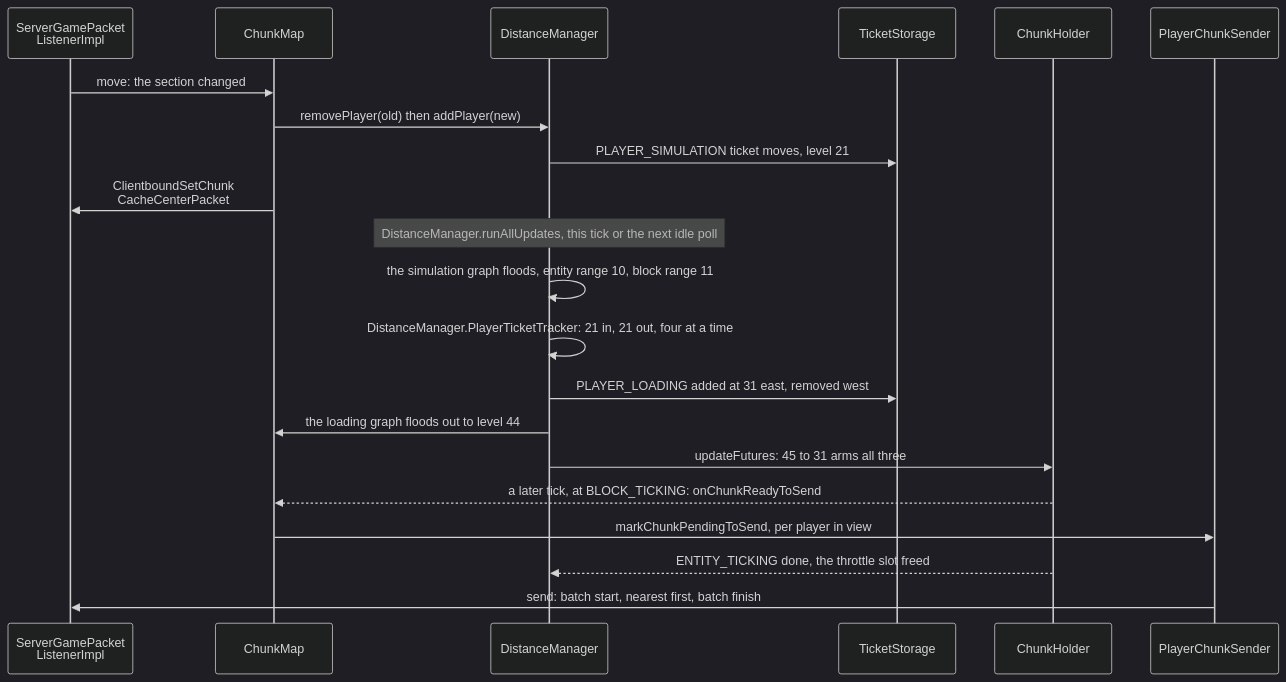
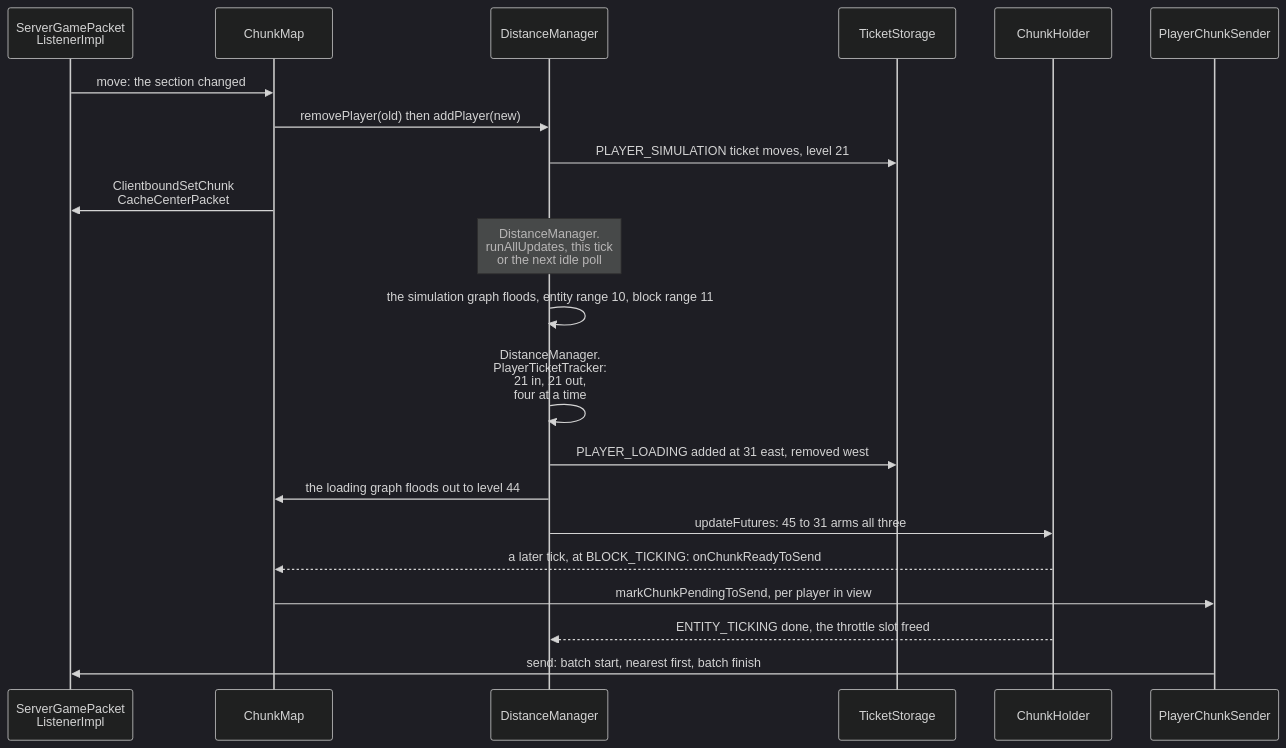
Before and after one commit to AlexanderjFraser/MinecraftDocs: the third of 3 diagrams in src/systems/world/tickets-and-loading.md, drawn with Mermaid (dark theme). The commit also changed 55 other files, not shown here.

First line of the commit message:
pass 7, session O — the close, before K: the figure gate strict, the landing figures read as one set, and one strike in thirty not borne out

````diff
--- a/src/systems/world/tickets-and-loading.md
+++ b/src/systems/world/tickets-and-loading.md
@@ -266,24 +266,24 @@
 ```mermaid
 sequenceDiagram
     participant SGPL as ServerGamePacket<br/>ListenerImpl
     participant CM as ChunkMap
     participant DM as DistanceManager
     participant TS as TicketStorage
     participant CH as ChunkHolder
     participant PCS as PlayerChunkSender
 
     SGPL->>CM: move: the section changed
     CM->>DM: removePlayer(old) then addPlayer(new)
     DM->>TS: PLAYER_SIMULATION ticket moves, level 21
     CM->>SGPL: ClientboundSetChunk<br/>CacheCenterPacket
-    Note over DM: DistanceManager.runAllUpdates, this tick or the next idle poll
+    Note over DM: DistanceManager.<br/>runAllUpdates, this tick<br/>or the next idle poll
     DM->>DM: the simulation graph floods, entity range 10, block range 11
-    DM->>DM: DistanceManager.PlayerTicketTracker: 21 in, 21 out, four at a time
+    DM->>DM: DistanceManager.<br/>PlayerTicketTracker:<br/>21 in, 21 out,<br/>four at a time
     DM->>TS: PLAYER_LOADING added at 31 east, removed west
     DM->>CM: the loading graph floods out to level 44
     DM->>CH: updateFutures: 45 to 31 arms all three
     CH-->>CM: a later tick, at BLOCK_TICKING: onChunkReadyToSend
     CM->>PCS: markChunkPendingToSend, per player in view
     CH-->>DM: ENTITY_TICKING done, the throttle slot freed
     PCS->>SGPL: send: batch start, nearest first, batch finish
 ```
````
